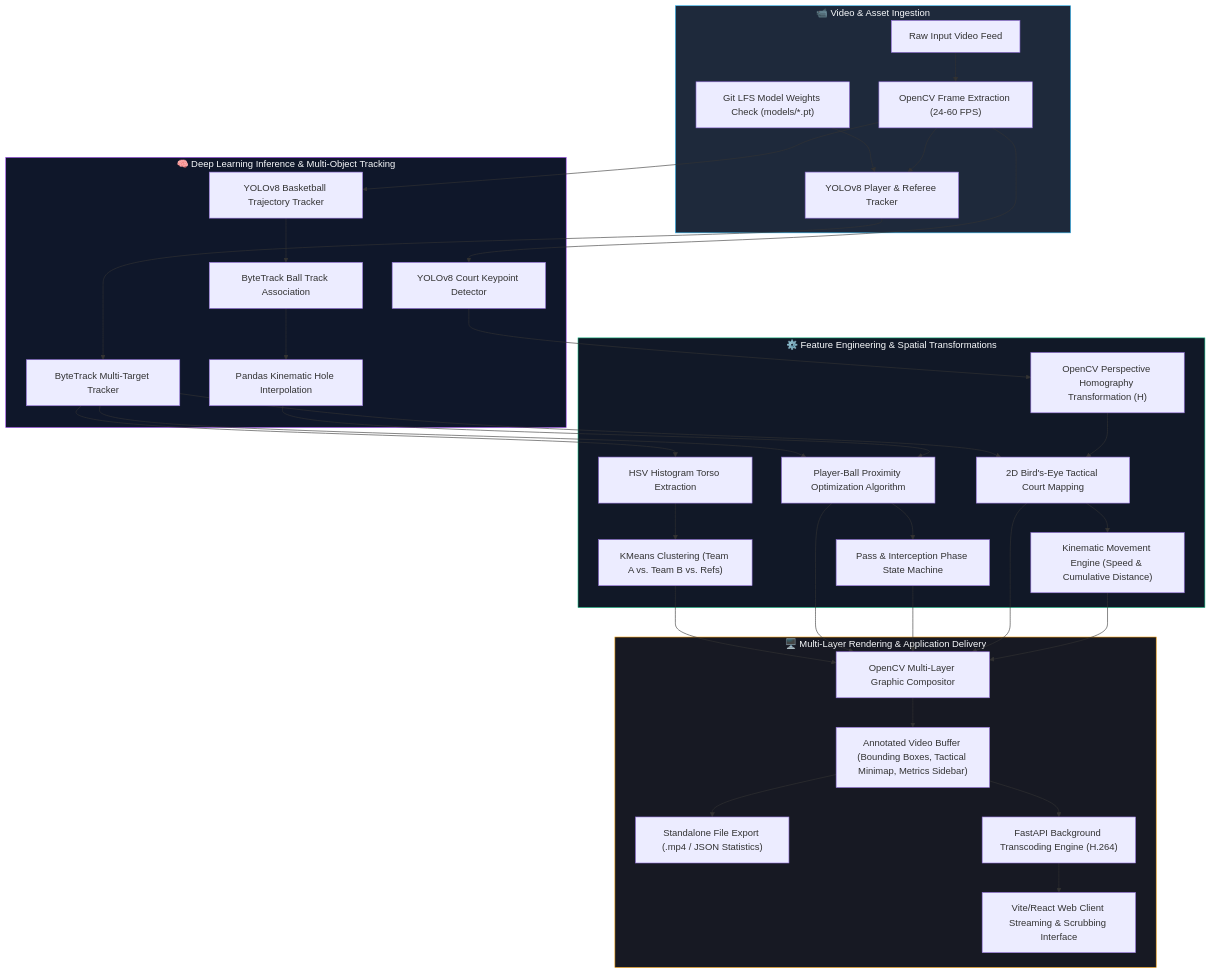
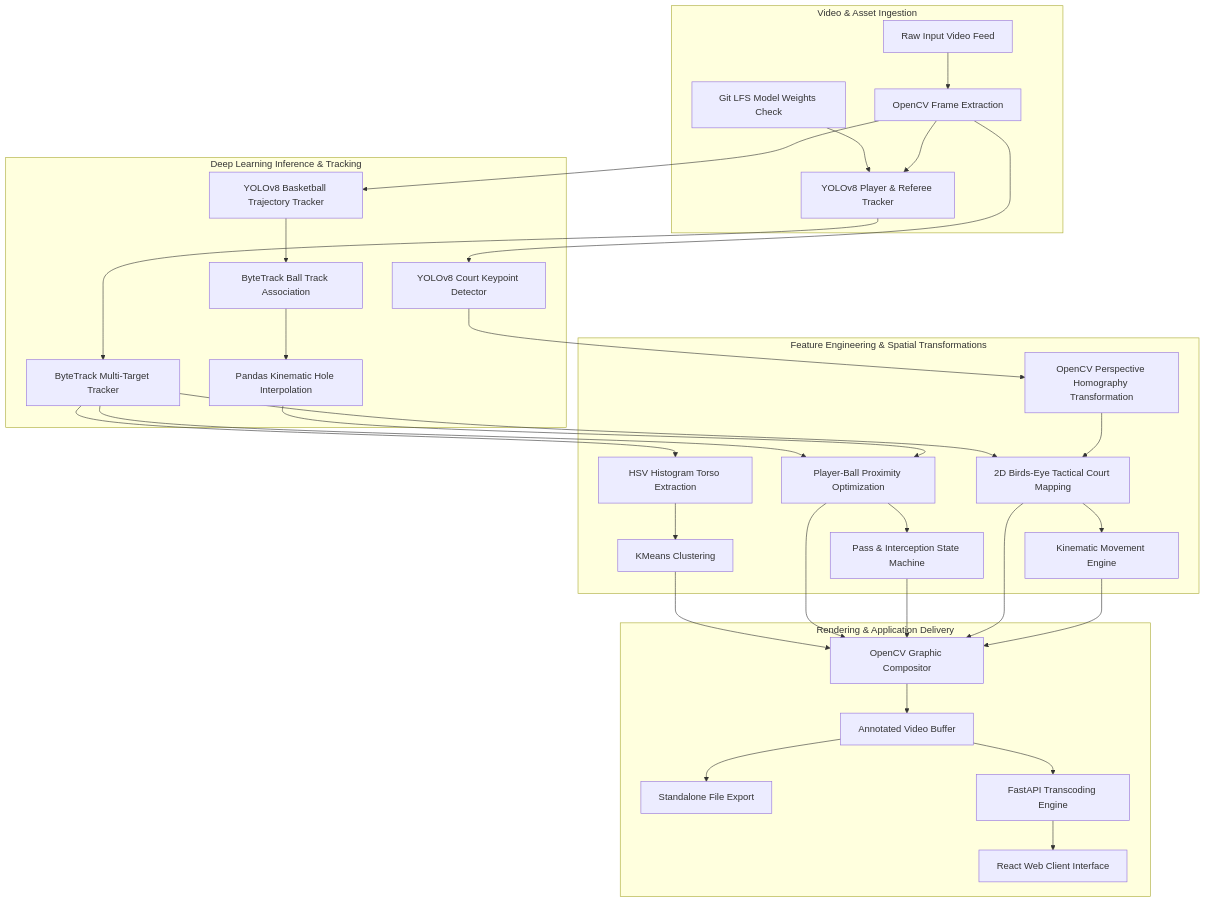
One commit to adoniasketema/CourtVision changed the diagram in README.md. Above: the diagram before and after it, drawn with Mermaid. The commit also changed other lines of this file, not shown here.

Commit message:
docs: rewrite README using standardized open-source template

````diff
--- a/README.md
+++ b/README.md
@@ -47,52 +87,38 @@
 ```mermaid
 flowchart TD
-    %% Input & Asset Verification
-    subgraph Input_Layer ["📹 Video & Asset Ingestion"]
-        A[Raw Input Video Feed] --> B["OpenCV Frame Extraction (24-60 FPS)"]
-        LFS["Git LFS Model Weights Check (models/*.pt)"] --> C
+    subgraph Input_Layer ["Video & Asset Ingestion"]
+        A[Raw Input Video Feed] --> B["OpenCV Frame Extraction"]
+        LFS["Git LFS Model Weights Check"] --> C
     end
 
-    %% Deep Learning Inference & Tracking
-    subgraph Neural_Inference_Layer ["🧠 Deep Learning Inference & Multi-Object Tracking"]
+    subgraph Neural_Inference_Layer ["Deep Learning Inference & Tracking"]
         B --> C["YOLOv8 Player & Referee Tracker"]
         B --> D["YOLOv8 Basketball Trajectory Tracker"]
         B --> E["YOLOv8 Court Keypoint Detector"]
         
         C --> F["ByteTrack Multi-Target Tracker"]
         D --> G["ByteTrack Ball Track Association"]
         G --> H["Pandas Kinematic Hole Interpolation"]
     end
 
-    %% Unsupervised ML & Spatial Homography
-    subgraph Analytics_Transformation_Layer ["⚙️ Feature Engineering & Spatial Transformations"]
+    subgraph Analytics_Transformation_Layer ["Feature Engineering & Spatial Transformations"]
         F --> I["HSV Histogram Torso Extraction"]
-        I --> J["KMeans Clustering (Team A vs. Team B vs. Refs)"]
+        I --> J["KMeans Clustering"]
         
-        F & H --> K["Player-Ball Proximity Optimization Algorithm"]
-        K --> L["Pass & Interception Phase State Machine"]
+        F & H --> K["Player-Ball Proximity Optimization"]
+        K --> L["Pass & Interception State Machine"]
         
-        E --> M["OpenCV Perspective Homography Transformation (H)"]
-        F & M --> N["2D Bird's-Eye Tactical Court Mapping"]
-        N --> O["Kinematic Movement Engine (Speed & Cumulative Distance)"]
+        E --> M["OpenCV Perspective Homography Transformation"]
+        F & M --> N["2D Birds-Eye Tactical Court Mapping"]
+        N --> O["Kinematic Movement Engine"]
     end
 
-    %% Multi-Layer Rendering & API Service
-    subgraph Output_Presentation_Layer ["🖥️ Multi-Layer Rendering & Application Delivery"]
-        J & K & L & N & O --> P["OpenCV Multi-Layer Graphic Compositor"]
-        P --> Q["Annotated Video Buffer (Bounding Boxes, Tactical Minimap, Metrics Sidebar)"]
+    subgraph Output_Presentation_Layer ["Rendering & Application Delivery"]
+        J & K & L & N & O --> P["OpenCV Graphic Compositor"]
+        P --> Q["Annotated Video Buffer"]
         
-        Q --> R["Standalone File Export (.mp4 / JSON Statistics)"]
-        Q --> S["FastAPI Background Transcoding Engine (H.264)"]
-        S --> T["Vite/React Web Client Streaming & Scrubbing Interface"]
+        Q --> R["Standalone File Export"]
+        Q --> S["FastAPI Transcoding Engine"]
+        S --> T["React Web Client Interface"]
     end
-
-    classDef input fill:#1E293B,stroke:#38BDF8,color:#F8FAFC;
-    classDef inference fill:#0F172A,stroke:#A855F7,color:#F8FAFC;
-    classDef transformation fill:#111827,stroke:#10B981,color:#F8FAFC;
-    classDef output fill:#171923,stroke:#F59E0B,color:#F8FAFC;
-    
-    class Input_Layer input;
-    class Neural_Inference_Layer inference;
-    class Analytics_Transformation_Layer transformation;
-    class Output_Presentation_Layer output;
 ```
````
